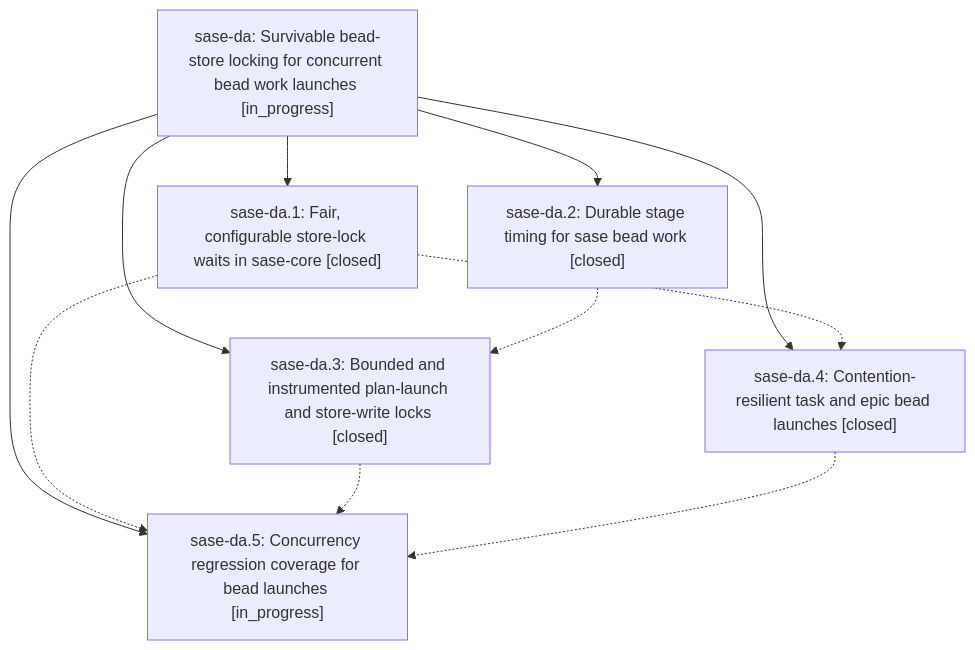
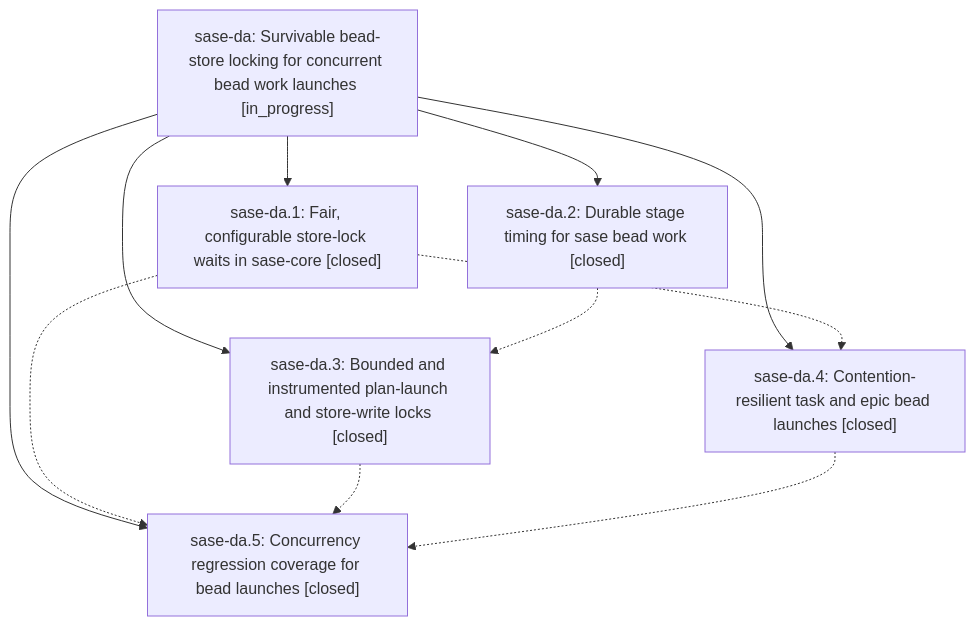
The diagram in pages/sase-da/README.md (sase-org/sase--beads), drawn with Mermaid before and after one commit. The commit also changed other lines of this file and 4 other files, not shown here.

First line of the commit message:
chore(beads): sync bead state and pages for sase-da

````diff
--- a/pages/sase-da/README.md
+++ b/pages/sase-da/README.md
@@ -26,19 +26,19 @@
 ```mermaid
 flowchart TD
     n0["sase-da: Survivable bead-store locking for concurrent bead work launches [in_progress]"]
     n1["sase-da.1: Fair, configurable store-lock waits in sase-core [closed]"]
     n2["sase-da.2: Durable stage timing for sase bead work [closed]"]
     n3["sase-da.3: Bounded and instrumented plan-launch and store-write locks [closed]"]
     n4["sase-da.4: Contention-resilient task and epic bead launches [closed]"]
-    n5["sase-da.5: Concurrency regression coverage for bead launches [in_progress]"]
+    n5["sase-da.5: Concurrency regression coverage for bead launches [closed]"]
     n0 --> n1
     n0 --> n2
     n0 --> n3
     n0 --> n4
     n0 --> n5
     n1 -.-> n4
     n1 -.-> n5
     n2 -.-> n3
     n3 -.-> n5
     n4 -.-> n5
 ```
````
